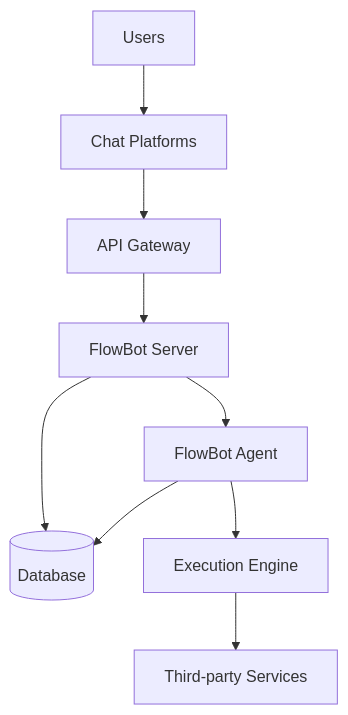
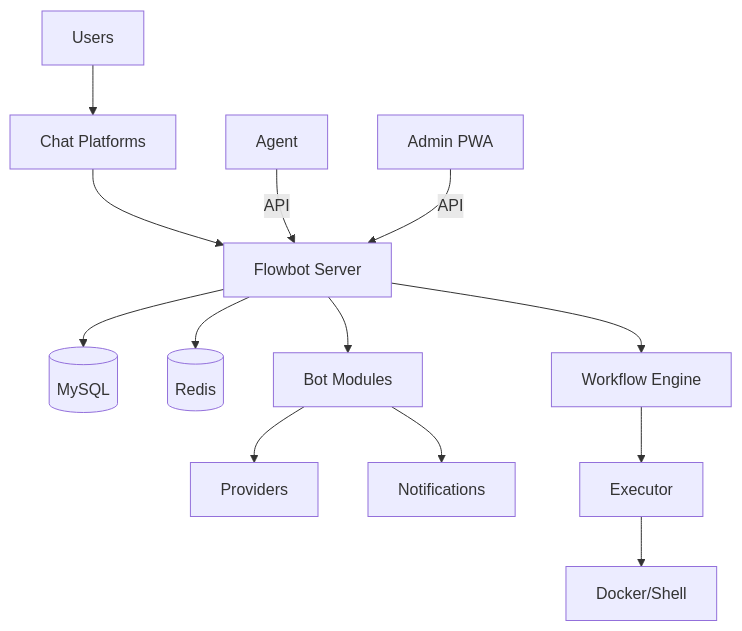
One commit to flowline-io/flowbot changed the diagram in docs/architecture/README.md. Above: the diagram before and after it, drawn with Mermaid. The commit also changed other lines of this file and 8 other files, not shown here.

First line of the commit message:
refactor: update documentation for Flowbot

````diff
--- a/docs/architecture/README.md
+++ b/docs/architecture/README.md
@@ -73,11 +120,15 @@
 ```mermaid
 graph TB
     U[Users] --> P[Chat Platforms]
-    P --> G[API Gateway]
-    G --> S[FlowBot Server]
-    S --> DB[(Database)]
-    S --> A[FlowBot Agent]
-    A --> E[Execution Engine]
-    E --> T[Third-party Services]
-    A --> DB
+    P --> S[Flowbot Server]
+    S --> DB[(MySQL)]
+    S --> R[(Redis)]
+    S --> B[Bot Modules]
+    B --> PR[Providers]
+    B --> N[Notifications]
+    S --> WF[Workflow Engine]
+    WF --> EX[Executor]
+    EX --> D[Docker/Shell]
+    AG[Agent] -->|API| S
+    PWA[Admin PWA] -->|API| S
 ```
````
